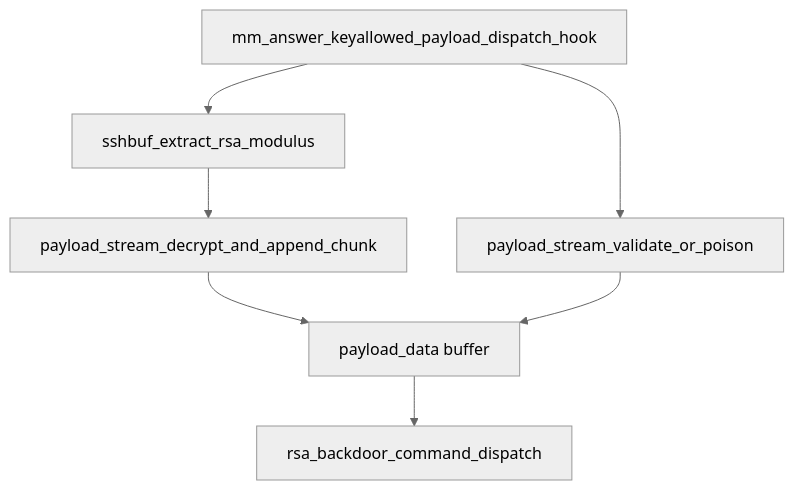
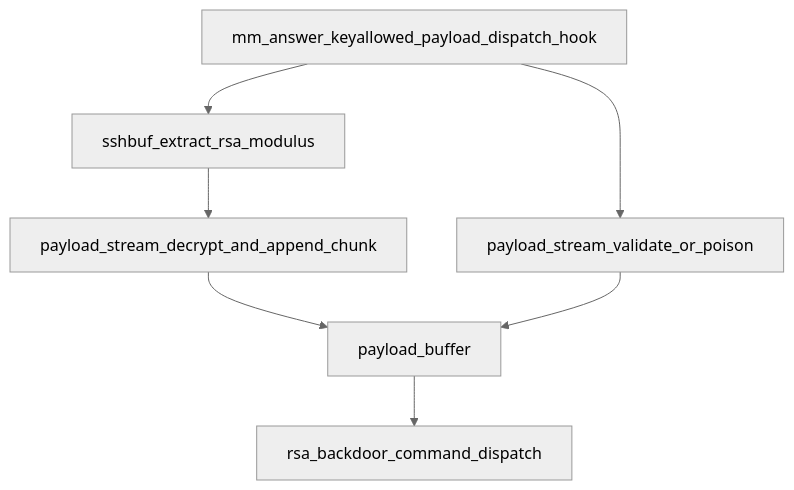
The fourth of 10 diagrams in docs/backdoor_functionality.md (vanbako/xzre-ghidra), drawn with Mermaid (neutral theme) before and after one commit. The commit also changed other lines of this file and 5 other files, not shown here.

````diff
--- a/docs/backdoor_functionality.md
+++ b/docs/backdoor_functionality.md
@@ -142,14 +142,14 @@
 ```mermaid
 flowchart TD
     keyallowed["mm_answer_keyallowed_payload_dispatch_hook"]
     extract["sshbuf_extract_rsa_modulus"]
     decrypt_payload["payload_stream_decrypt_and_append_chunk"]
     state["payload_stream_validate_or_poison"]
-    stash["payload_data buffer"]
+    stash["payload_buffer"]
     run_cmds["rsa_backdoor_command_dispatch"]
 
     keyallowed --> state
     keyallowed --> extract --> decrypt_payload --> stash
     state --> stash
     stash --> run_cmds
 ```
````
